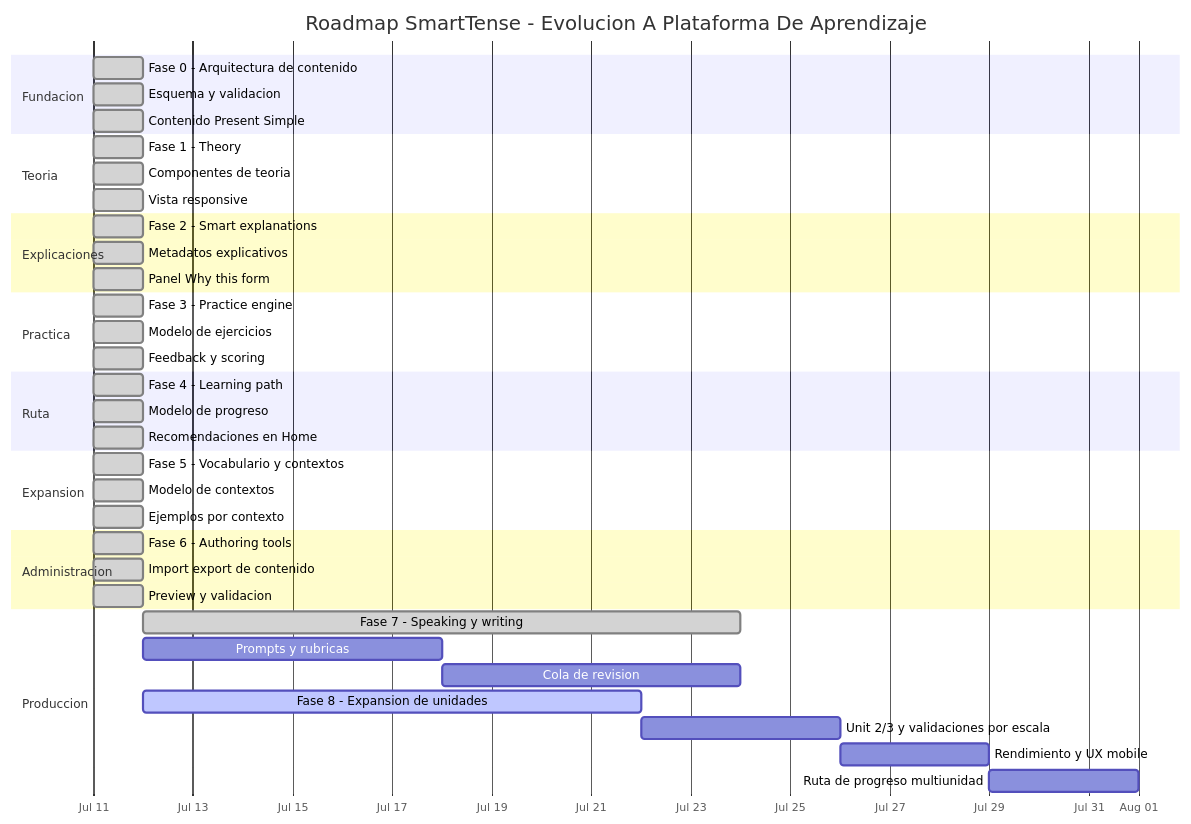
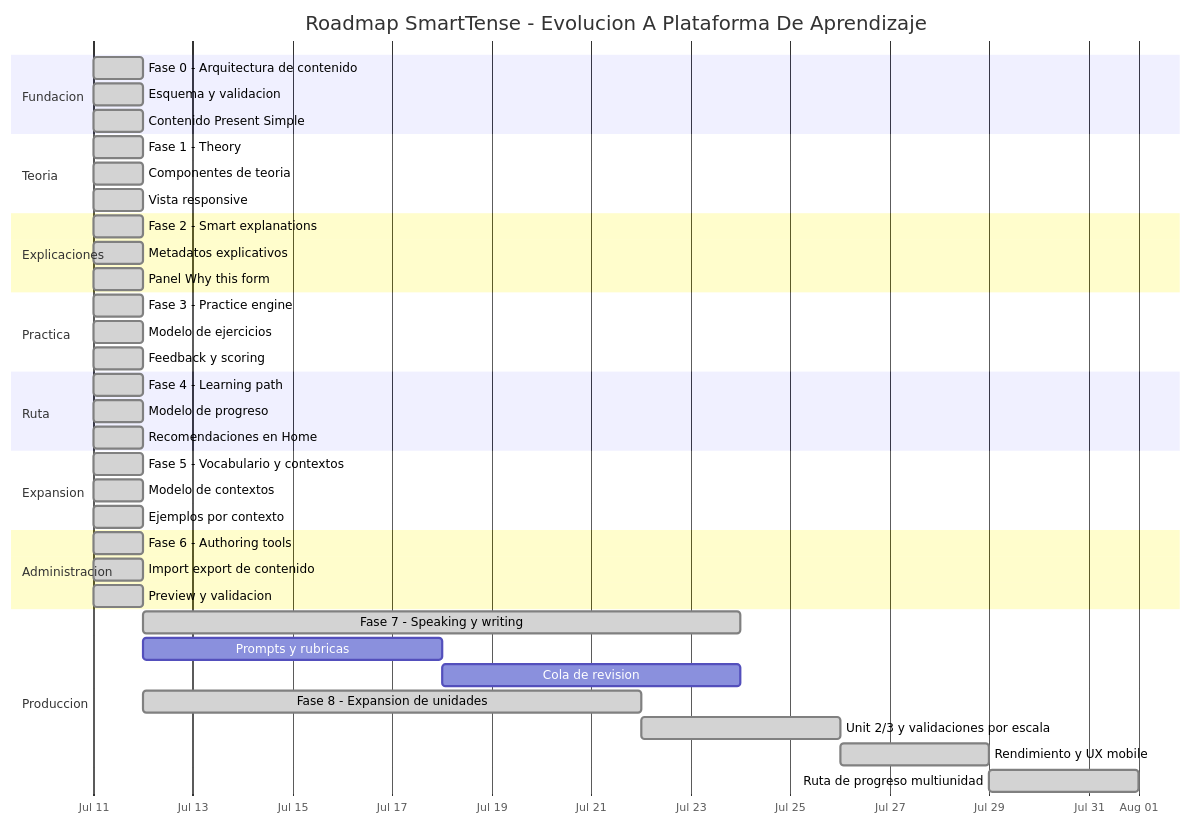
Before and after one commit to dafermen/SmartTense: the diagram in docs/PROJECT_PHASE_ROADMAP.md, drawn with Mermaid. The commit also changed other lines of this file and 3 other files, not shown here.

````diff
--- a/docs/PROJECT_PHASE_ROADMAP.md
+++ b/docs/PROJECT_PHASE_ROADMAP.md
@@ -270,50 +270,50 @@
 ```mermaid
 gantt
     title Roadmap SmartTense - Evolucion A Plataforma De Aprendizaje
     dateFormat  YYYY-MM-DD
     axisFormat  %b %d
 
     section Fundacion
     Fase 0 - Arquitectura de contenido      :done, p0, 2026-07-11, 1d
     Esquema y validacion                    :done, p0a, 2026-07-11, 1d
     Contenido Present Simple                :done, p0b, 2026-07-11, 1d
 
     section Teoria
     Fase 1 - Theory                         :done, p1, 2026-07-11, 1d
     Componentes de teoria                   :done, p1a, 2026-07-11, 1d
     Vista responsive                        :done, p1b, 2026-07-11, 1d
 
     section Explicaciones
     Fase 2 - Smart explanations             :done, p2, 2026-07-11, 1d
     Metadatos explicativos                  :done, p2a, 2026-07-11, 1d
     Panel Why this form                     :done, p2b, 2026-07-11, 1d
 
     section Practica
     Fase 3 - Practice engine                :done, p3, 2026-07-11, 1d
     Modelo de ejercicios                    :done, p3a, 2026-07-11, 1d
     Feedback y scoring                      :done, p3b, 2026-07-11, 1d
 
     section Ruta
     Fase 4 - Learning path                  :done, p4, 2026-07-11, 1d
     Modelo de progreso                      :done, p4a, 2026-07-11, 1d
     Recomendaciones en Home                 :done, p4b, 2026-07-11, 1d
 
     section Expansion
     Fase 5 - Vocabulario y contextos        :done, p5, 2026-07-11, 1d
     Modelo de contextos                     :done, p5a, 2026-07-11, 1d
     Ejemplos por contexto                   :done, p5b, 2026-07-11, 1d
 
     section Administracion
     Fase 6 - Authoring tools                :done, p6, 2026-07-11, 1d
     Import export de contenido              :done, p6a, 2026-07-11, 1d
     Preview y validacion                    :done, p6b, 2026-07-11, 1d
 
     section Produccion
     Fase 7 - Speaking y writing             :done, p7, 2026-07-12, 12d
     Prompts y rubricas                      :p7a, 2026-07-12, 6d
     Cola de revision                        :p7b, after p7a, 6d
-    Fase 8 - Expansion de unidades          :active, p8, 2026-07-12, 10d
-    Unit 2/3 y validaciones por escala      :p8a, after p8, 4d
-    Rendimiento y UX mobile                  :p8b, after p8a, 3d
-    Ruta de progreso multiunidad             :p8c, after p8b, 3d
+    Fase 8 - Expansion de unidades          :done, p8, 2026-07-12, 10d
+    Unit 2/3 y validaciones por escala      :done, p8a, after p8, 4d
+    Rendimiento y UX mobile                  :done, p8b, after p8a, 3d
+    Ruta de progreso multiunidad             :done, p8c, after p8b, 3d
 ```
````
